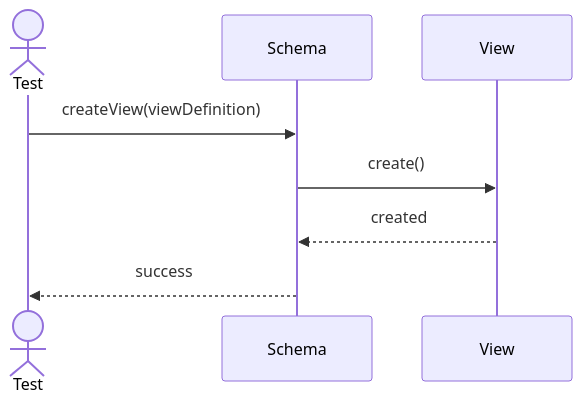
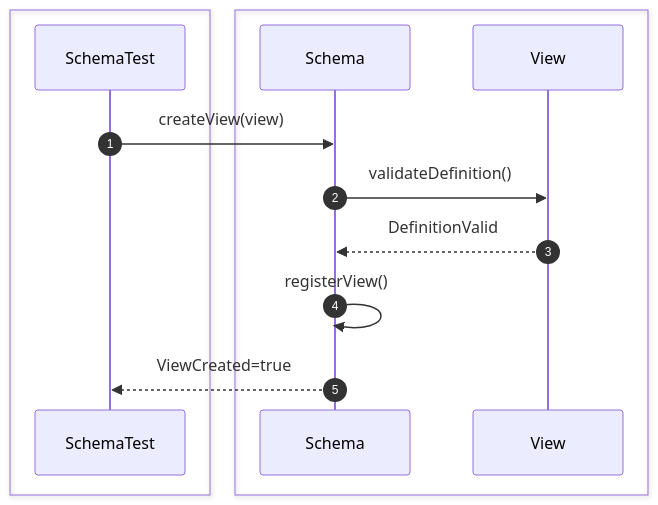
The fifth of 42 diagrams in src/sequence/db-object.md (Huy1801214/dbms-architecture), drawn with Mermaid before and after one commit. The commit also changed other lines of this file, not shown here.

Commit message:
add sequence diagrams for database object unit tests

````diff
--- a/src/sequence/db-object.md
+++ b/src/sequence/db-object.md
@@ -53,11 +93,21 @@
 ```mermaid
 sequenceDiagram
-    actor Test
-    participant Schema
-    participant View
+    autonumber
+    box #e1f5fe Test Suite
+    participant Test as SchemaTest
+    end
+    box #e8f5e9 Database Objects
+    participant Schema as Schema
+    participant View as View
+    end
 
-    Test->>Schema: createView(viewDefinition)
-    Schema->>View: create()
-    View-->>Schema: created
-    Schema-->>Test: success
+    Test->>Schema: createView(view)
+
+    Schema->>View: validateDefinition()
+
+    View-->>Schema: DefinitionValid
+
+    Schema->>Schema: registerView()
+
+    Schema-->>Test: ViewCreated=true
 ```
````
